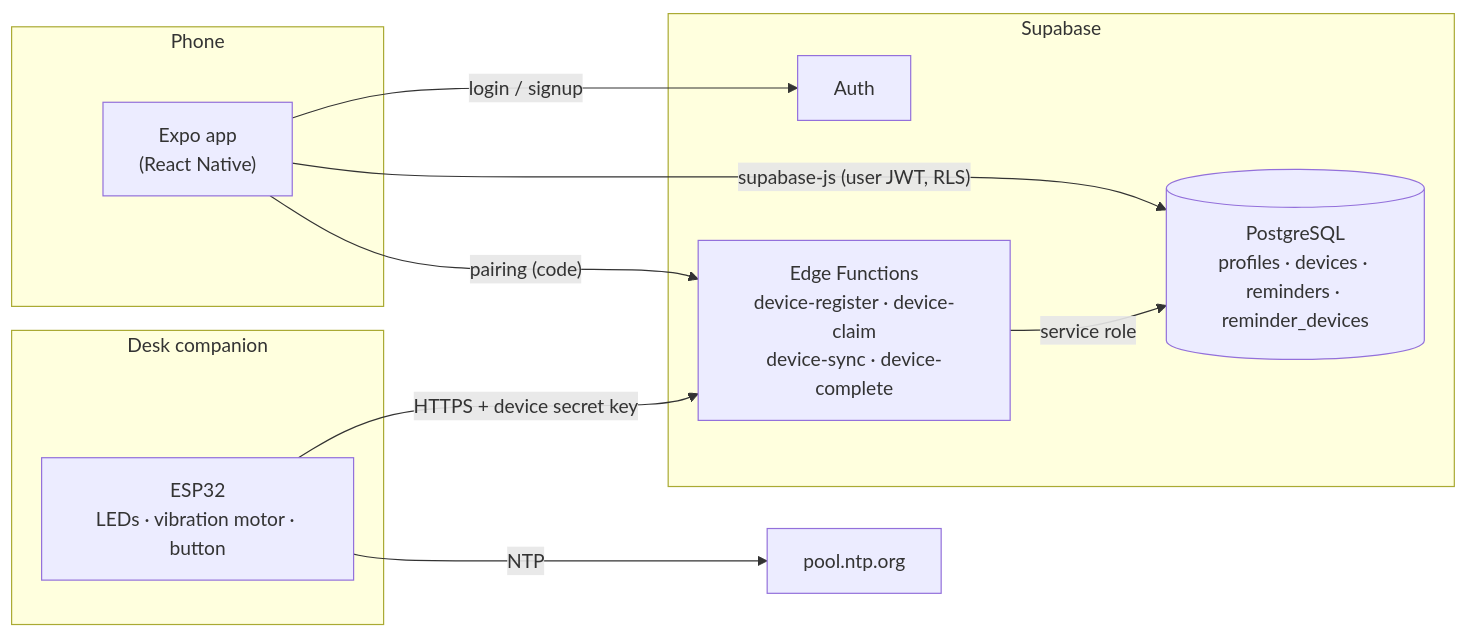
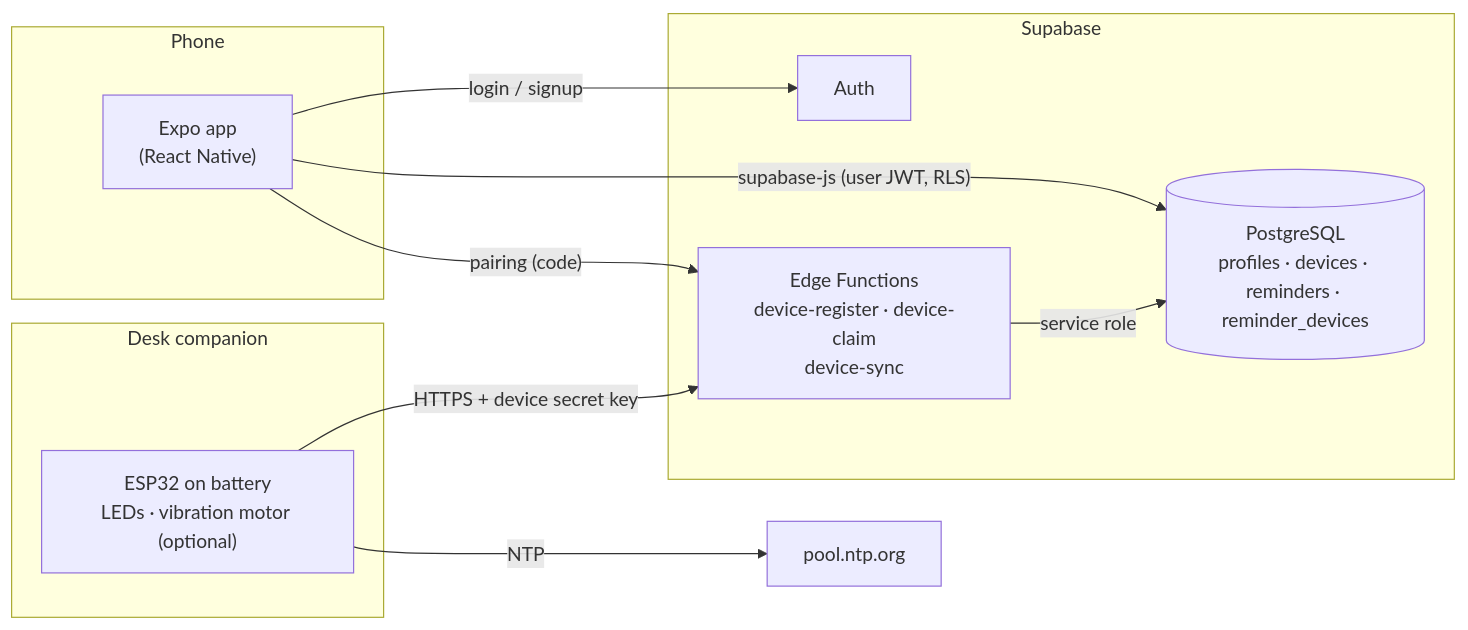
The first of 4 diagrams in docs/architecture.md (acronoxx/desk-companion), drawn with Mermaid before and after one commit. The commit also changed other lines of this file and 20 other files, not shown here.

Commit message:
feat: Supabase edge functions and syncing

````diff
--- a/docs/architecture.md
+++ b/docs/architecture.md
@@ -12,23 +12,23 @@
 ```mermaid
 flowchart LR
     subgraph Phone
         App["Expo app<br/>(React Native)"]
     end
 
     subgraph Supabase
         Auth["Auth"]
         DB[("PostgreSQL<br/>profiles · devices · reminders · reminder_devices")]
-        Fn["Edge Functions<br/>device-register · device-claim<br/>device-sync · device-complete"]
+        Fn["Edge Functions<br/>device-register · device-claim<br/>device-sync"]
     end
 
     subgraph Device["Desk companion"]
-        ESP["ESP32<br/>LEDs · vibration motor · button"]
+        ESP["ESP32 on battery<br/>LEDs · vibration motor (optional)"]
     end
 
     App -- "supabase-js (user JWT, RLS)" --> DB
     App -- "login / signup" --> Auth
     App -- "pairing (code)" --> Fn
     ESP -- "HTTPS + device secret key" --> Fn
     Fn -- "service role" --> DB
     ESP -- "NTP" --> NTP["pool.ntp.org"]
 ```
````
